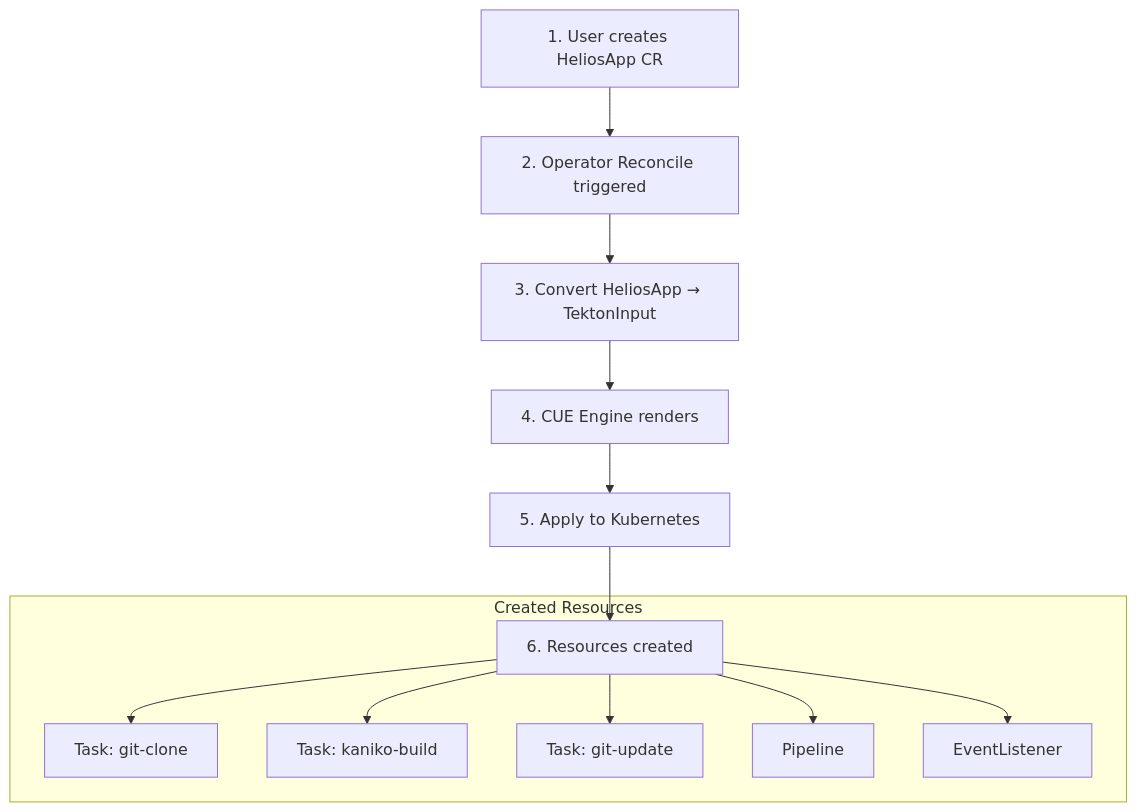
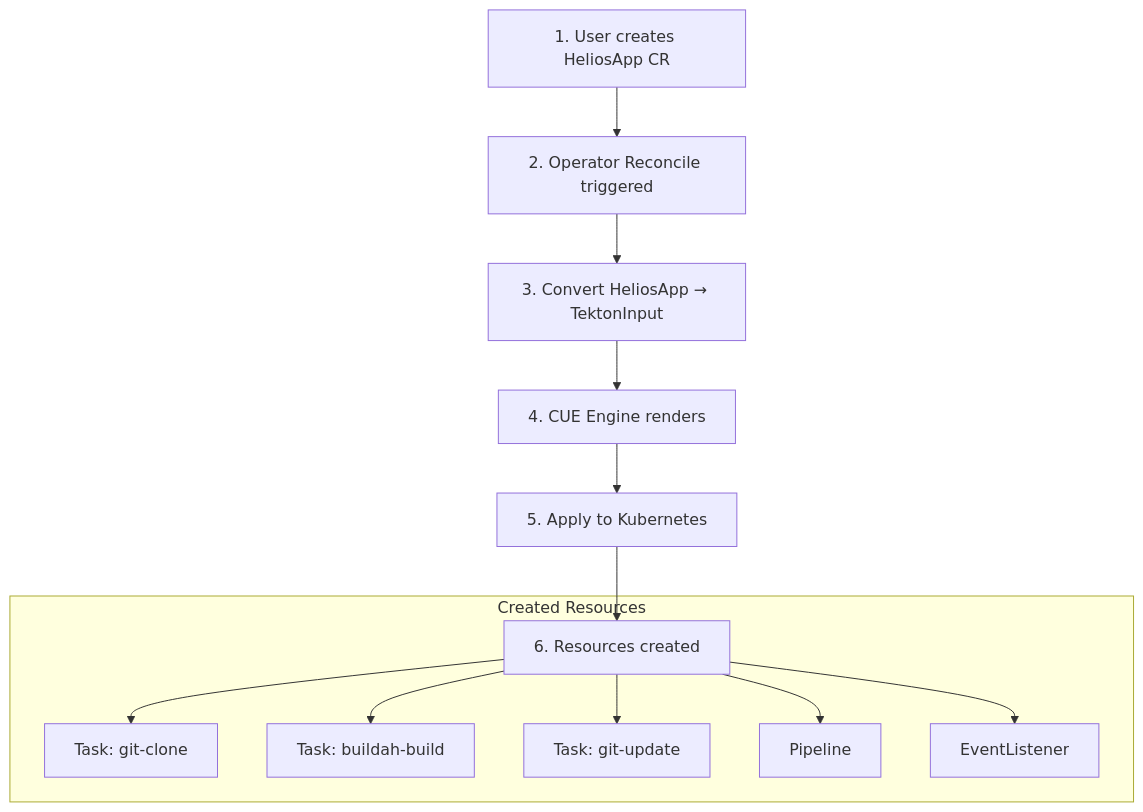
Before and after one commit to helios-platform-team/helios-platform: the sixth of 7 diagrams in docs/design/tekton-cue-mapping-design.md, drawn with Mermaid. The commit also changed other lines of this file and 152 other files, not shown here.

````diff
--- a/docs/design/tekton-cue-mapping-design.md
+++ b/docs/design/tekton-cue-mapping-design.md
@@ -1024,16 +1024,16 @@
 ```mermaid
 flowchart TD
     A["1. User creates HeliosApp CR"] --> B["2. Operator Reconcile triggered"]
     B --> C["3. Convert HeliosApp → TektonInput"]
     C --> D["4. CUE Engine renders"]
     D --> E["5. Apply to Kubernetes"]
     E --> F["6. Resources created"]
     
     subgraph Created["Created Resources"]
         F --> G[Task: git-clone]
-        F --> H[Task: kaniko-build]
+        F --> H[Task: buildah-build]
         F --> I[Task: git-update]
         F --> J[Pipeline]
         F --> K[EventListener]
     end
 ```
````
